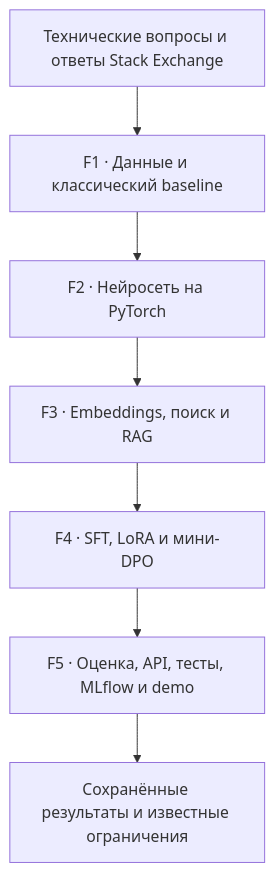
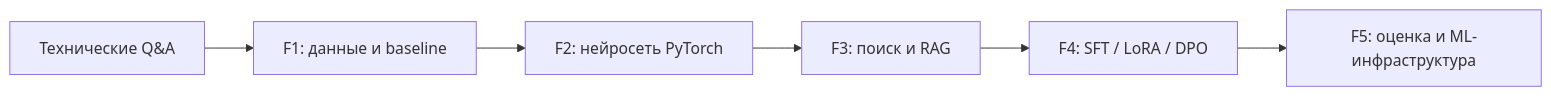
The diagram in README.md (trasher88/ml-engineering-lab), drawn with Mermaid before and after one commit. The commit also changed other lines of this file and 6 other files, not shown here.

````diff
--- a/README.md
+++ b/README.md
@@ -7,9 +11,8 @@
 ```mermaid
-flowchart TD
-    A[Технические вопросы и ответы Stack Exchange] --> B[F1 · Данные и классический baseline]
-    B --> C[F2 · Нейросеть на PyTorch]
-    C --> D[F3 · Embeddings, поиск и RAG]
-    D --> E[F4 · SFT, LoRA и мини-DPO]
-    E --> F[F5 · Оценка, API, тесты, MLflow и demo]
-    F --> G[Сохранённые результаты и известные ограничения]
+flowchart LR
+    A[Технические Q&A] --> B[F1: данные и baseline]
+    B --> C[F2: нейросеть PyTorch]
+    C --> D[F3: поиск и RAG]
+    D --> E[F4: SFT / LoRA / DPO]
+    E --> F[F5: оценка и ML-инфраструктура]
 ```
````
